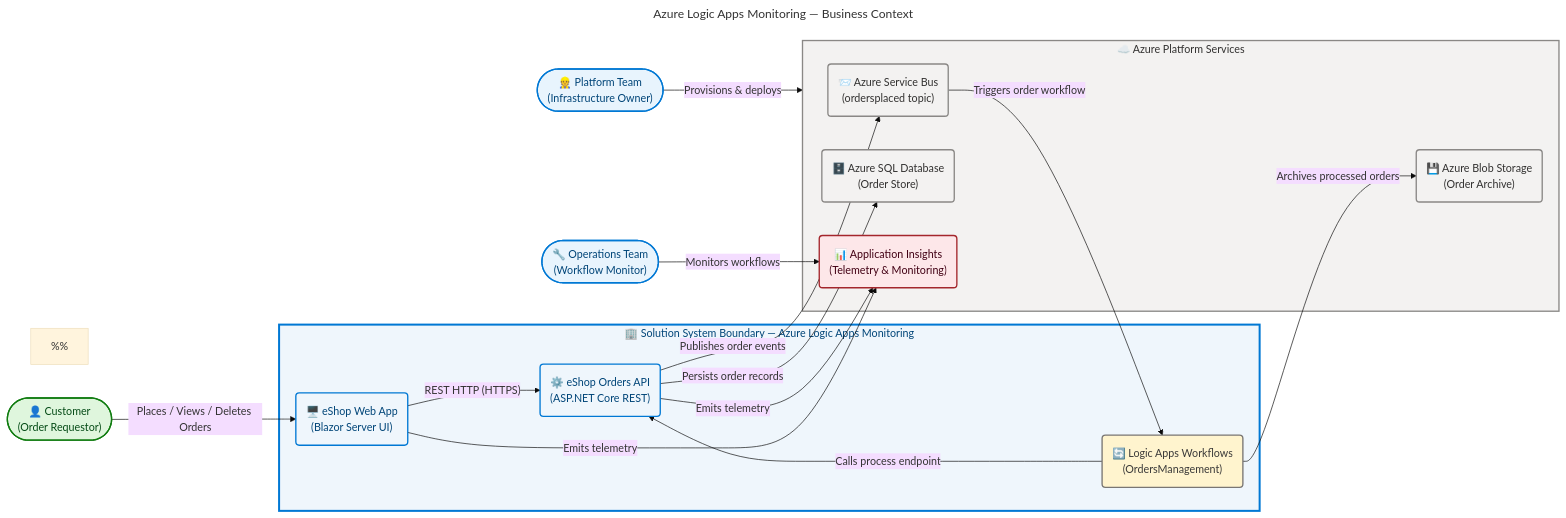
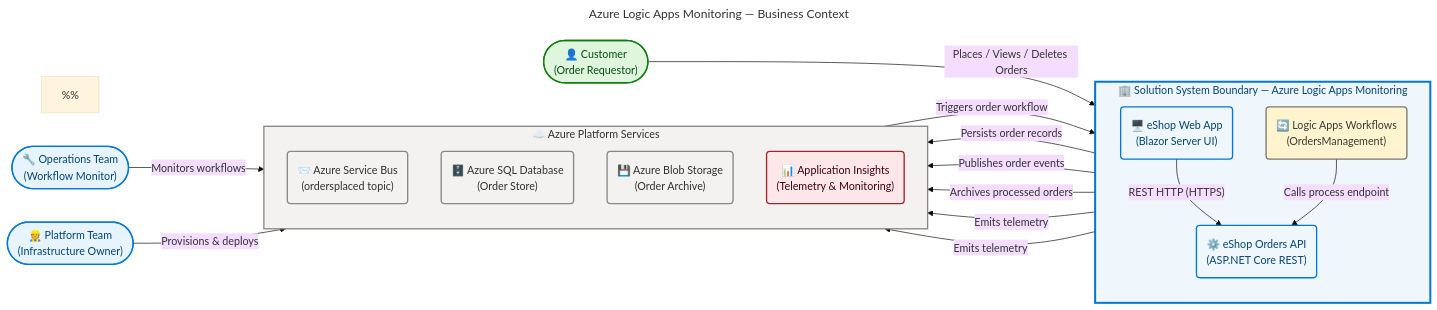
The first of 5 diagrams in docs/architecture/bus-arch.md (Evilazaro/Azure-LogicApps-Monitoring), drawn with Mermaid before and after one commit.

Commit message:
Update flowchart direction in business architecture documentation for improved clarity

````diff
--- a/docs/architecture/bus-arch.md
+++ b/docs/architecture/bus-arch.md
@@ -58,62 +58,64 @@
 ```mermaid
 ---
 title: Azure Logic Apps Monitoring — Business Context
 config:
   theme: base
   look: classic
   layout: dagre
   themeVariables:
     fontSize: '16px'
   flowchart:
     htmlLabels: true
 ---
 flowchart LR
     accTitle: Azure Logic Apps Monitoring Business Context Diagram
     accDescr: Business context diagram showing the three primary business actors, the solution system boundary containing the Web App, Orders API, and Logic Apps workflows, and external Azure platform services including Service Bus, SQL Database, Blob Storage, and Application Insights.
 
     %%
     %% AZURE / FLUENT ARCHITECTURE PATTERN v2.0
     %% BDAT Business Architecture — Section 1: Business Context
     %%
 
     Customer(["👤 Customer\n(Order Requestor)"]):::actorPrimary
     PlatformTeam(["👷 Platform Team\n(Infrastructure Owner)"]):::actorSupport
     OpsTeam(["🔧 Operations Team\n(Workflow Monitor)"]):::actorSupport
 
     subgraph SYS["🏢  Solution System Boundary — Azure Logic Apps Monitoring"]
+        direction TB
         style SYS fill:#EFF6FC,stroke:#0078D4,stroke-width:3px,color:#004578
 
         WebApp("🖥️ eShop Web App\n(Blazor Server UI)"):::appNode
         OrdersAPI("⚙️ eShop Orders API\n(ASP.NET Core REST)"):::serviceNode
         LogicApps("🔄 Logic Apps Workflows\n(OrdersManagement)"):::workflowNode
     end
 
     subgraph AZURE["☁️  Azure Platform Services"]
+        direction TB
         style AZURE fill:#F3F2F1,stroke:#8A8886,stroke-width:2px,color:#323130
 
         ServiceBus("📨 Azure Service Bus\n(ordersplaced topic)"):::platformNode
         SQL("🗄️ Azure SQL Database\n(Order Store)"):::platformNode
         Storage("💾 Azure Blob Storage\n(Order Archive)"):::platformNode
         AppInsights("📊 Application Insights\n(Telemetry & Monitoring)"):::monitorNode
     end
 
     Customer -->|"Places / Views / Deletes Orders"| WebApp
     WebApp -->|"REST HTTP (HTTPS)"| OrdersAPI
     OrdersAPI -->|"Persists order records"| SQL
     OrdersAPI -->|"Publishes order events"| ServiceBus
     ServiceBus -->|"Triggers order workflow"| LogicApps
     LogicApps -->|"Calls process endpoint"| OrdersAPI
     LogicApps -->|"Archives processed orders"| Storage
     PlatformTeam -->|"Provisions & deploys"| AZURE
     OpsTeam -->|"Monitors workflows"| AppInsights
     OrdersAPI -->|"Emits telemetry"| AppInsights
     WebApp -->|"Emits telemetry"| AppInsights
 
     classDef actorPrimary fill:#DFF6DD,stroke:#107C10,stroke-width:2px,color:#054B16
     classDef actorSupport fill:#E8F4FD,stroke:#0078D4,stroke-width:2px,color:#004578
     classDef appNode fill:#EFF6FC,stroke:#0078D4,stroke-width:2px,color:#004578
     classDef serviceNode fill:#EFF6FC,stroke:#0078D4,stroke-width:2px,color:#004578
     classDef workflowNode fill:#FFF4CE,stroke:#797673,stroke-width:2px,color:#3B3A39
     classDef platformNode fill:#F3F2F1,stroke:#8A8886,stroke-width:2px,color:#323130
     classDef monitorNode fill:#FDE7E9,stroke:#A4262C,stroke-width:2px,color:#420014
 ```
````
